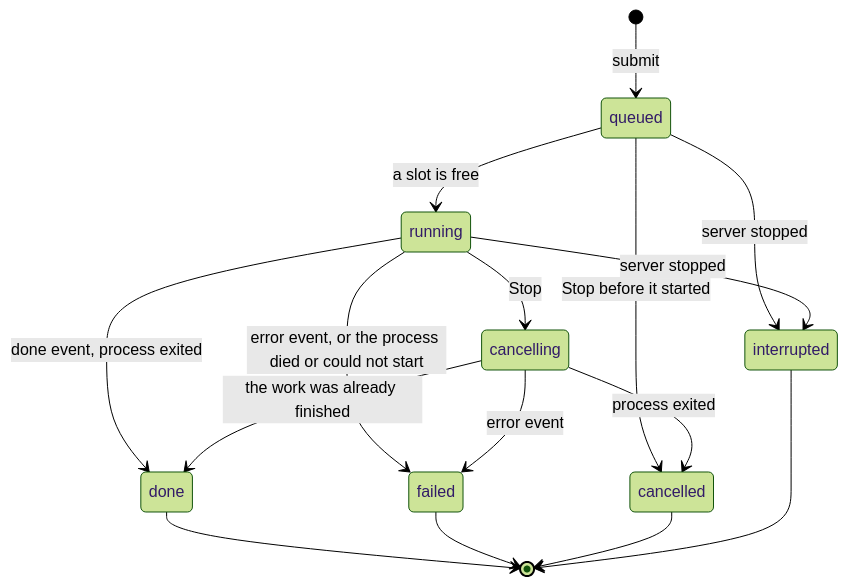
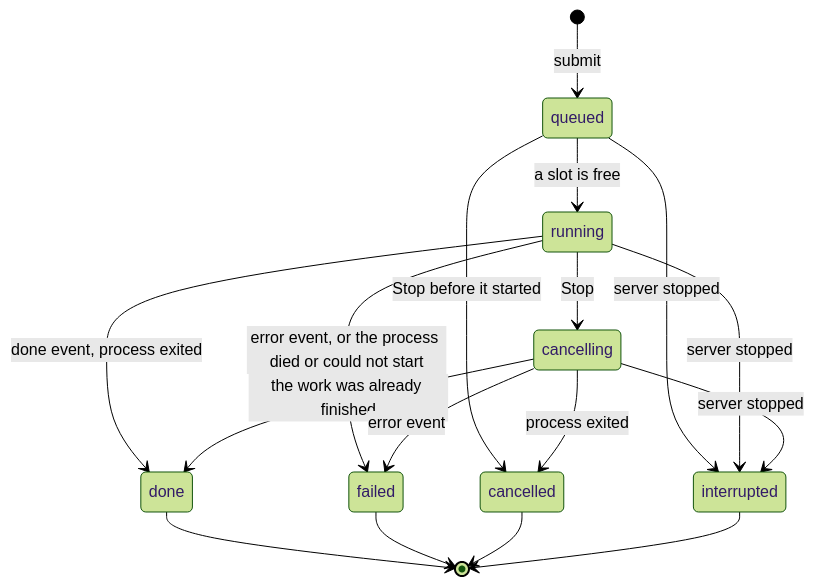
One commit to Aziyck/SATsolver changed the sixth of 8 diagrams in docs/guide/architecture.md. Above: the diagram before and after it, drawn with Mermaid (forest theme). The commit also changed other lines of this file and 5 other files, not shown here.

````diff
--- a/docs/guide/architecture.md
+++ b/docs/guide/architecture.md
@@ -450,18 +455,19 @@
 ```mermaid
 stateDiagram-v2
     [*] --> queued: submit
     queued --> running: a slot is free
     queued --> cancelled: Stop before it started
     running --> cancelling: Stop
     running --> done: done event, process exited
     running --> failed: error event, or the process died or could not start
     cancelling --> cancelled: process exited
     cancelling --> done: the work was already finished
     cancelling --> failed: error event
     queued --> interrupted: server stopped
     running --> interrupted: server stopped
+    cancelling --> interrupted: server stopped
     done --> [*]
     failed --> [*]
     cancelled --> [*]
     interrupted --> [*]
 ```
````
